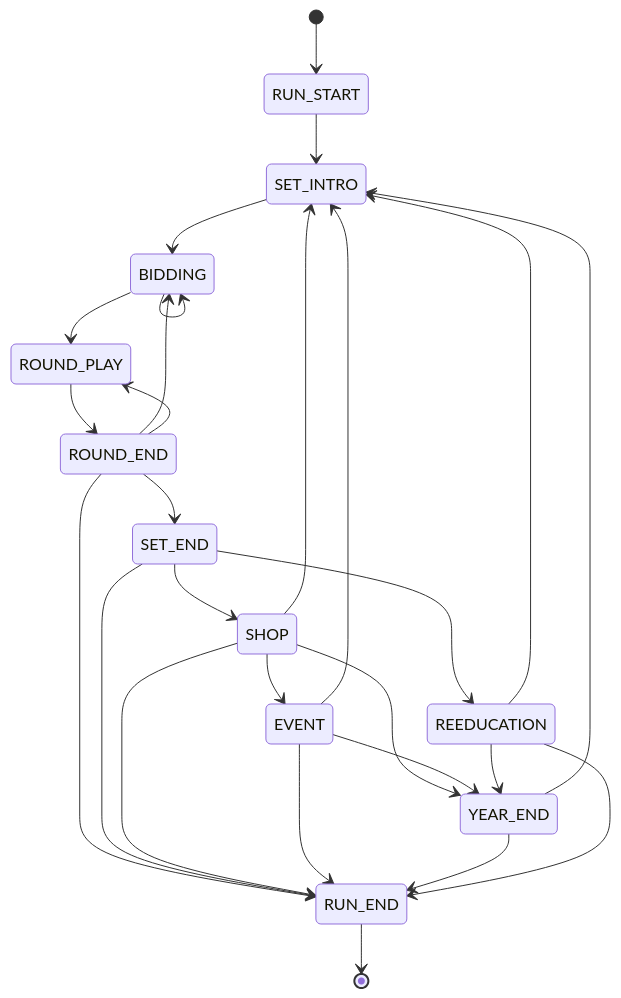
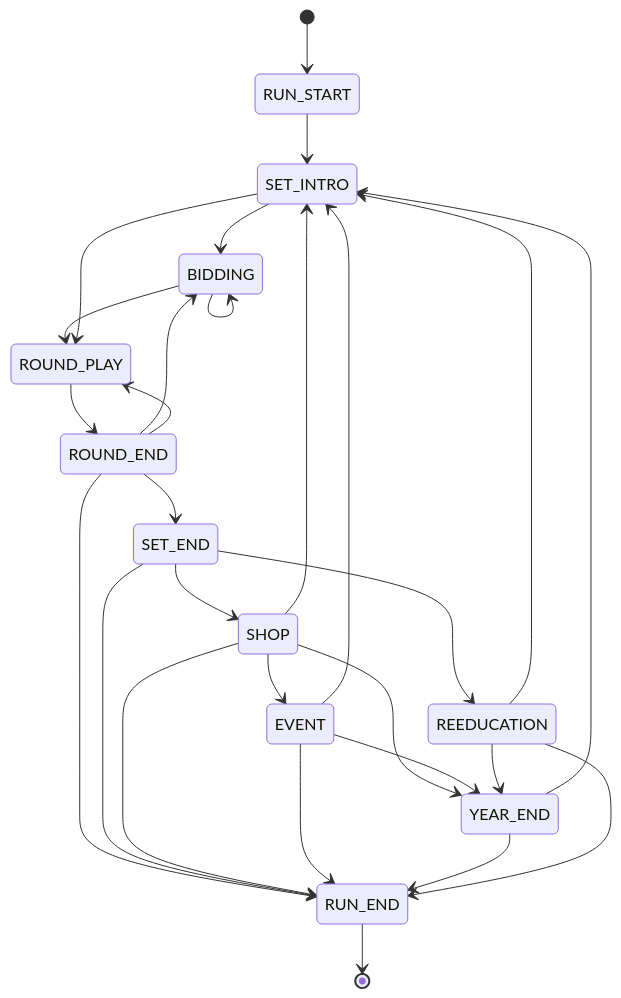
One commit to georgejieh/Commons changed the diagram in docs/ARCHITECTURE.md. Above: the diagram before and after it, drawn with Mermaid. The commit also changed other lines of this file and 40 other files, not shown here.

````diff
--- a/docs/ARCHITECTURE.md
+++ b/docs/ARCHITECTURE.md
@@ -99,29 +99,30 @@
 ```mermaid
 stateDiagram-v2
     [*] --> RUN_START
     RUN_START --> SET_INTRO
     SET_INTRO --> BIDDING
     BIDDING --> BIDDING
     BIDDING --> ROUND_PLAY
     ROUND_PLAY --> ROUND_END
     ROUND_END --> BIDDING
     ROUND_END --> ROUND_PLAY
     ROUND_END --> SET_END
     ROUND_END --> RUN_END
     SET_END --> SHOP
+    SET_INTRO --> ROUND_PLAY
     SET_END --> REEDUCATION
     SET_END --> RUN_END
     SHOP --> EVENT
     SHOP --> SET_INTRO
     SHOP --> YEAR_END
     SHOP --> RUN_END
     EVENT --> SET_INTRO
     EVENT --> YEAR_END
     EVENT --> RUN_END
     YEAR_END --> SET_INTRO
     YEAR_END --> RUN_END
     REEDUCATION --> SET_INTRO
     REEDUCATION --> YEAR_END
     REEDUCATION --> RUN_END
     RUN_END --> [*]
 ```
````
